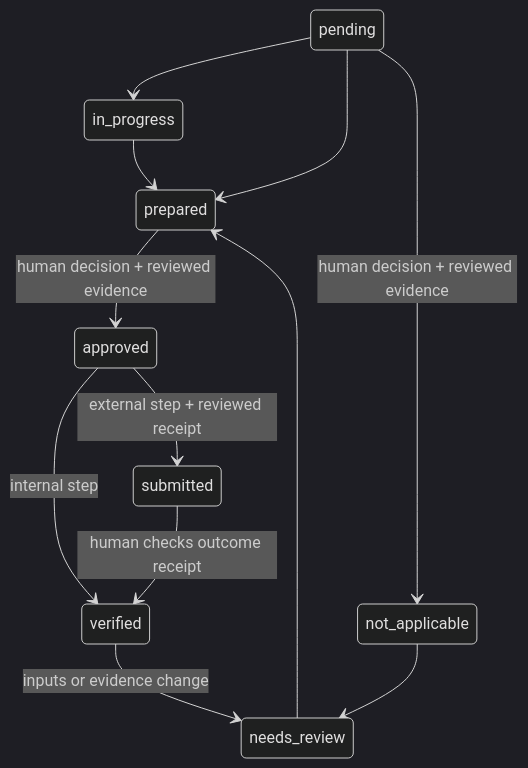
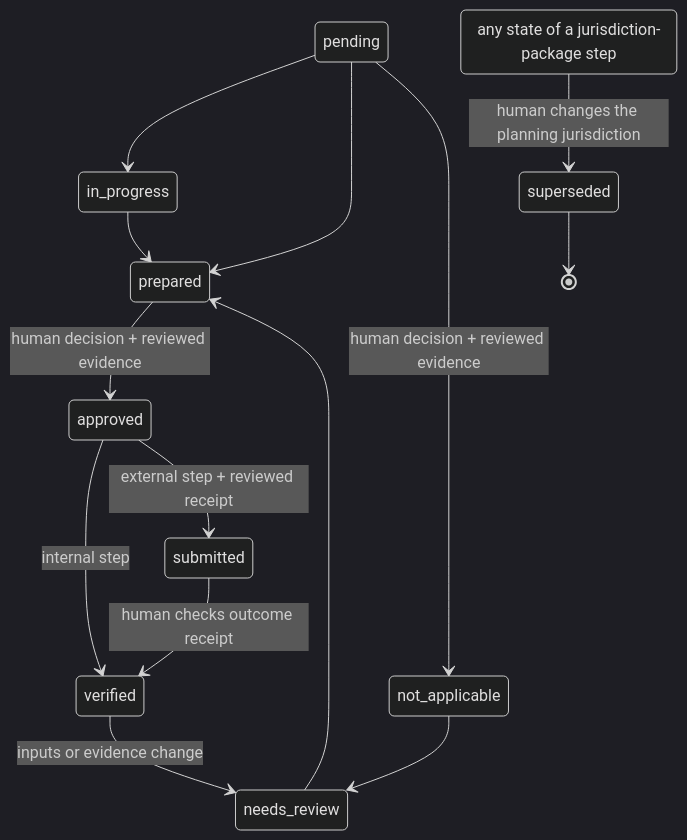
One commit to calgulbenkian/business-foundry changed the second of 2 diagrams in docs/ARCHITECTURE.md. Above: the diagram before and after it, drawn with Mermaid (dark theme). The commit also changed other lines of this file and 15 other files, not shown here.

First line of the commit message:
Change the planning jurisdiction as a reviewed, recorded decision (#10)

````diff
--- a/docs/ARCHITECTURE.md
+++ b/docs/ARCHITECTURE.md
@@ -41,14 +41,17 @@
 ```mermaid
 stateDiagram-v2
   pending --> in_progress
   pending --> prepared
   in_progress --> prepared
   prepared --> approved: human decision + reviewed evidence
   approved --> verified: internal step
   approved --> submitted: external step + reviewed receipt
   submitted --> verified: human checks outcome receipt
   verified --> needs_review: inputs or evidence change
   needs_review --> prepared
   pending --> not_applicable: human decision + reviewed evidence
   not_applicable --> needs_review
+  state "any state of a jurisdiction-package step" as package
+  package --> superseded: human changes the planning jurisdiction
+  superseded --> [*]
 ```
````
